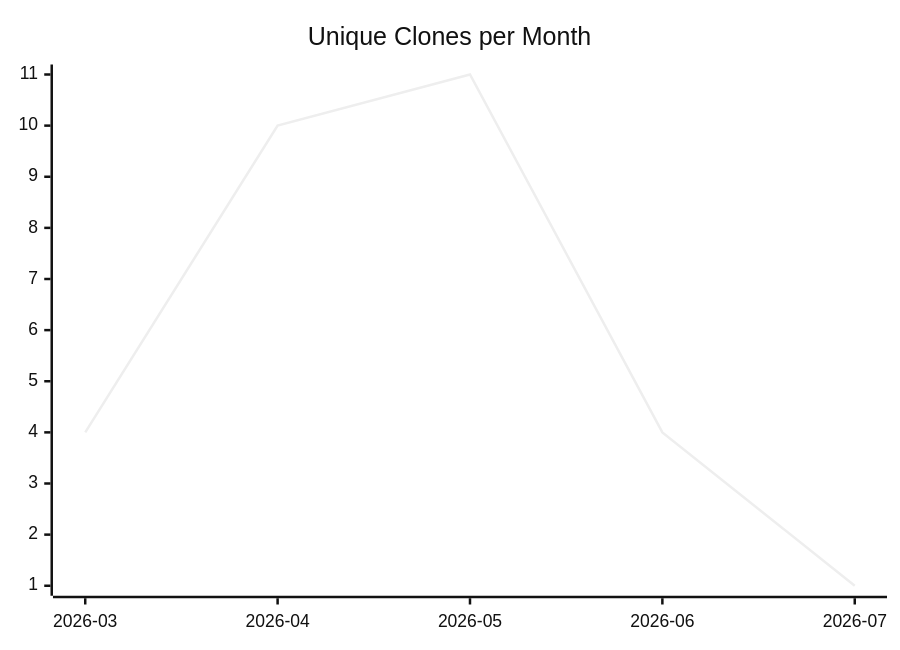
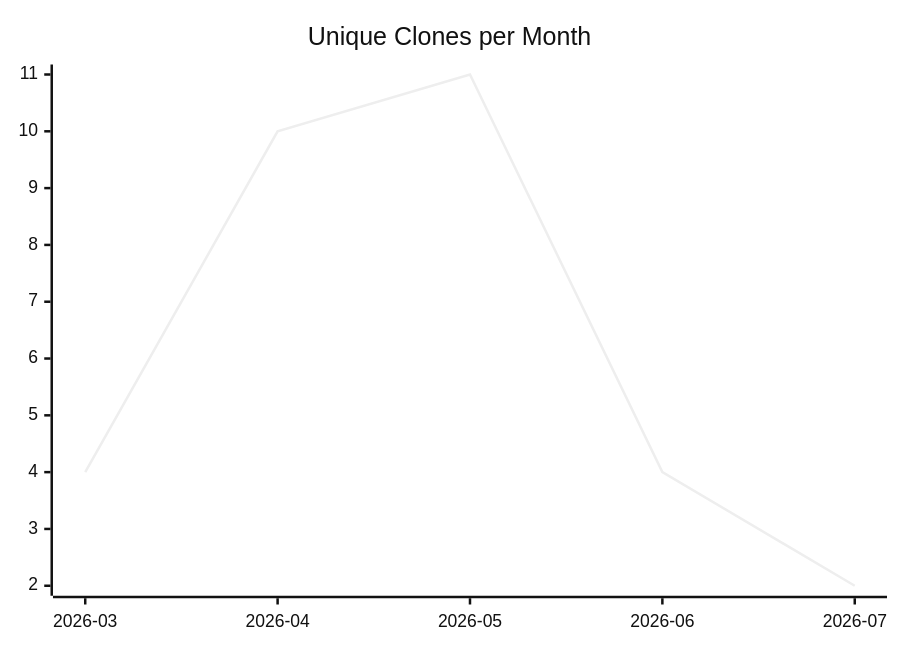
The third of 3 diagrams in karlmdavis/workstation-base-ansible-role/README.md (justdavis-family/github-analytics-data), drawn with Mermaid (neutral theme) before and after one commit. The commit also changed other lines of this file and 180 other files, not shown here.

````diff
--- a/karlmdavis/workstation-base-ansible-role/README.md
+++ b/karlmdavis/workstation-base-ansible-role/README.md
@@ -19,6 +19,6 @@
 ```mermaid
 xychart-beta
   title "Unique Clones per Month"
   x-axis ["2026-03", "2026-04", "2026-05", "2026-06", "2026-07"]
-  line [4, 10, 11, 4, 1]
+  line [4, 10, 11, 4, 2]
 ```
````
